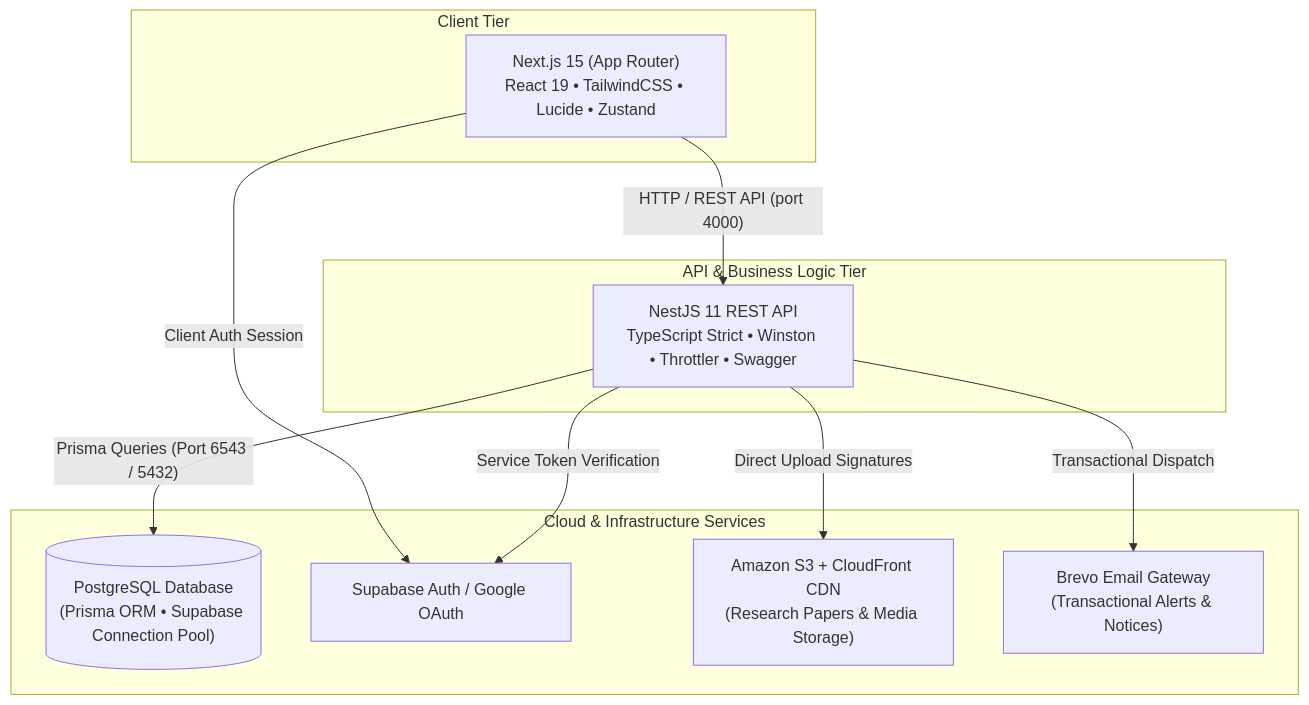
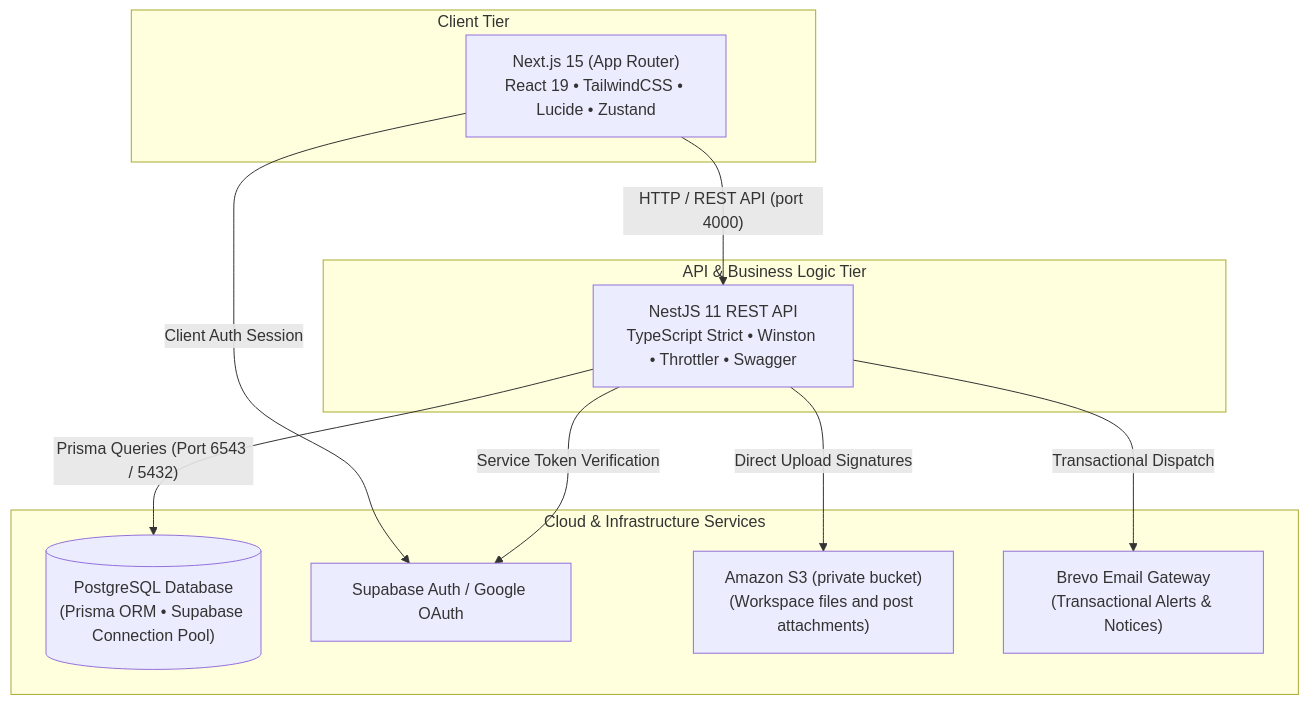
One commit to SRM-Curiousbees/Curiousbees changed the second of 2 diagrams in README.md. Above: the diagram before and after it, drawn with Mermaid. The commit also changed other lines of this file and 148 other files, not shown here.

````diff
--- a/README.md
+++ b/README.md
@@ -93,24 +89,24 @@
 ```mermaid
 graph TB
     subgraph ClientLayer [" Client Tier "]
         Web["Next.js 15 (App Router)<br/>React 19 • TailwindCSS • Lucide • Zustand"]
     end
 
     subgraph APILayer [" API & Business Logic Tier "]
         API["NestJS 11 REST API<br/>TypeScript Strict • Winston • Throttler • Swagger"]
     end
 
     subgraph ServiceLayer [" Cloud & Infrastructure Services "]
         Postgres[("PostgreSQL Database<br/>(Prisma ORM • Supabase Connection Pool)")]
         AuthService["Supabase Auth / Google OAuth"]
-        S3["Amazon S3 + CloudFront CDN<br/>(Research Papers & Media Storage)"]
+        S3["Amazon S3 (private bucket)<br/>(Workspace files and post attachments)"]
         EmailService["Brevo Email Gateway<br/>(Transactional Alerts & Notices)"]
     end
 
     Web -->|"HTTP / REST API (port 4000)"| API
     Web -->|"Client Auth Session"| AuthService
     API -->|"Prisma Queries (Port 6543 / 5432)"| Postgres
     API -->|"Service Token Verification"| AuthService
     API -->|"Direct Upload Signatures"| S3
     API -->|"Transactional Dispatch"| EmailService
 ```
````
